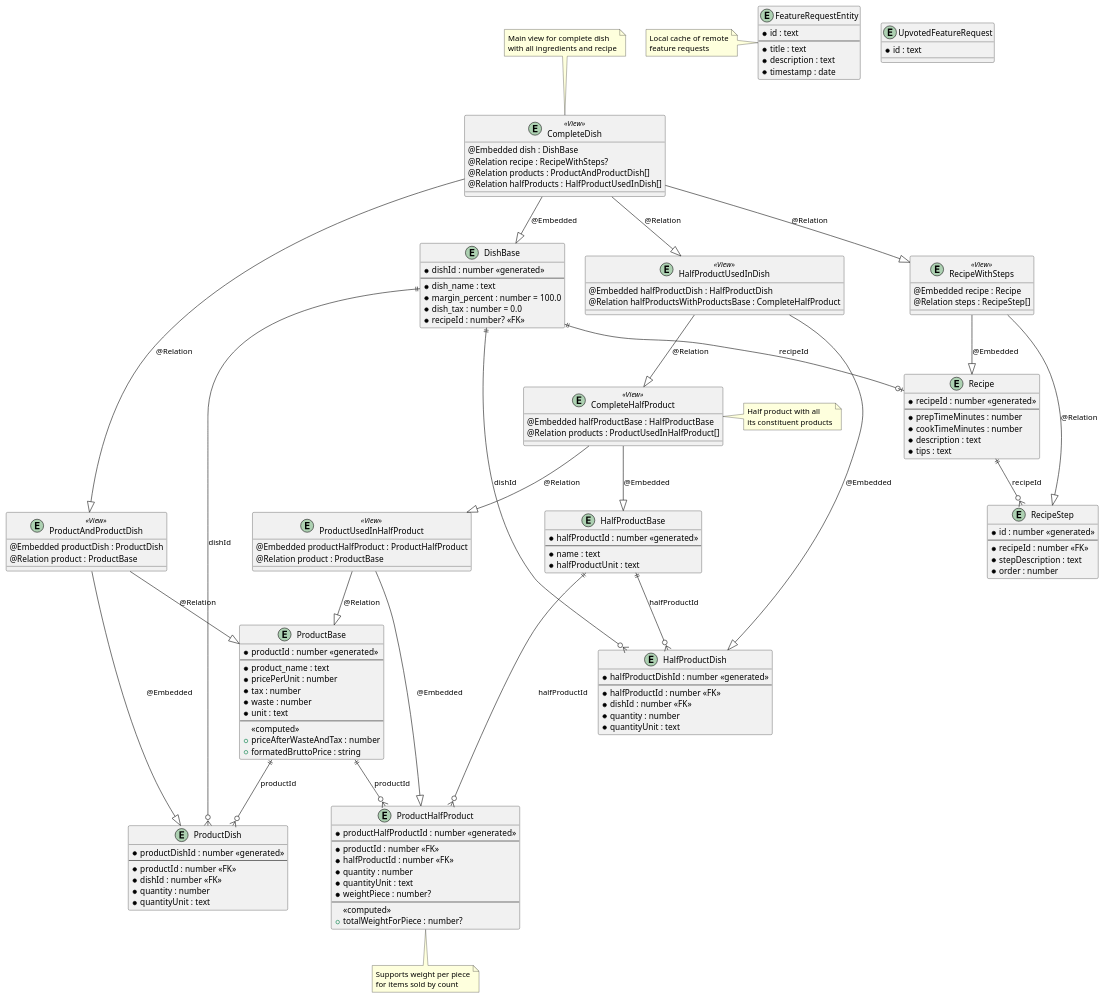
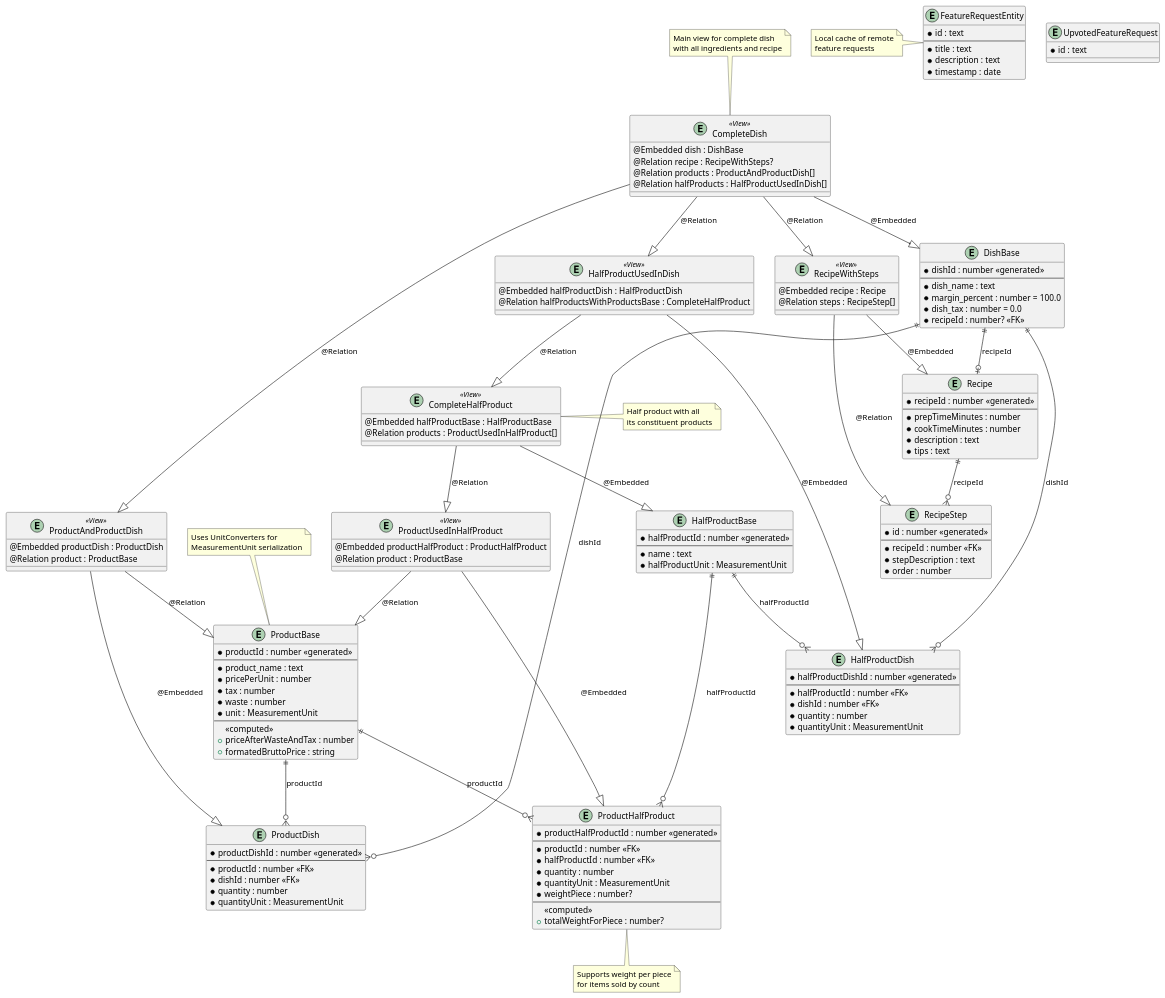
The diagram in design/data/database/new.plantuml (michalguspiel/FoodCostCalculator), drawn with PlantUML before and after one commit. The commit also changed 1 other file, not shown here.

Commit message:
Update UML diagrams with MeasurementUnit type (#165)
The `unit` and `quantityUnit` fields in various entities have been updated from `text` or `String` to the `MeasurementUnit` type in both database and domain model diagrams.

This change provides better type safety and clarity regarding the units used for product quantities and measurements. A note has also been added to the database diagram indicating the use of `UnitConverters` for `MeasurementUnit` serialization in the `Product` entity.

```diff
--- a/design/data/database/new.plantuml
+++ b/design/data/database/new.plantuml
@@ -1,169 +1,170 @@
 @startuml
 
 ' Core Entities
 entity "ProductBase" as p {
     *productId : number <<generated>>
     --
     *product_name : text
     *pricePerUnit : number
     *tax : number
     *waste : number
-    *unit : text
+    *unit : MeasurementUnit
     --
     <<computed>>
     +priceAfterWasteAndTax : number
     +formatedBruttoPrice : string
 }
 
 entity "HalfProductBase" as hp {
     *halfProductId : number <<generated>>
     --
     *name : text
-    *halfProductUnit : text
+    *halfProductUnit : MeasurementUnit
 }
 
 entity "DishBase" as d {
     *dishId : number <<generated>>
     --
     *dish_name : text
     *margin_percent : number = 100.0
     *dish_tax : number = 0.0
     *recipeId : number? <<FK>>
 }
 
 entity "Recipe" as r {
     *recipeId : number <<generated>>
     --
     *prepTimeMinutes : number
     *cookTimeMinutes : number
     *description : text
     *tips : text
 }
 
 entity "RecipeStep" as rs {
     *id : number <<generated>>
     --
     *recipeId : number <<FK>>
     *stepDescription : text
     *order : number
 }
 
 ' Association Tables (Junction Tables)
 entity "ProductDish" as pd {
     *productDishId : number <<generated>>
     --
     *productId : number <<FK>>
     *dishId : number <<FK>>
     *quantity : number
-    *quantityUnit : text
+    *quantityUnit : MeasurementUnit
 }
 
 entity "ProductHalfProduct" as php {
     *productHalfProductId : number <<generated>>
     --
     *productId : number <<FK>>
     *halfProductId : number <<FK>>
     *quantity : number
-    *quantityUnit : text
+    *quantityUnit : MeasurementUnit
     *weightPiece : number?
     --
     <<computed>>
     +totalWeightForPiece : number?
 }
 
 entity "HalfProductDish" as hpd {
     *halfProductDishId : number <<generated>>
     --
     *halfProductId : number <<FK>>
     *dishId : number <<FK>>
     *quantity : number
-    *quantityUnit : text
+    *quantityUnit : MeasurementUnit
 }
 
 ' Remote/Local sync entities
 entity "FeatureRequestEntity" as fre {
     *id : text
     --
     *title : text
     *description : text
     *timestamp : date
 }
 
 entity "UpvotedFeatureRequest" as ufr {
     *id : text
 }
 
 ' Views (Joined entities for complex queries)
 entity "ProductAndProductDish" as papd <<View>> {
     @Embedded productDish : ProductDish
     @Relation product : ProductBase
 }
 
 entity "ProductUsedInHalfProduct" as puihp <<View>> {
     @Embedded productHalfProduct : ProductHalfProduct
     @Relation product : ProductBase
 }
 
 entity "CompleteHalfProduct" as chp <<View>> {
     @Embedded halfProductBase : HalfProductBase
     @Relation products : ProductUsedInHalfProduct[]
 }
 
 entity "HalfProductUsedInDish" as hpuid <<View>> {
     @Embedded halfProductDish : HalfProductDish
     @Relation halfProductsWithProductsBase : CompleteHalfProduct
 }
 
 entity "RecipeWithSteps" as rws <<View>> {
     @Embedded recipe : Recipe
     @Relation steps : RecipeStep[]
 }
 
 entity "CompleteDish" as cd <<View>> {
     @Embedded dish : DishBase
     @Relation recipe : RecipeWithSteps?
     @Relation products : ProductAndProductDish[]
     @Relation halfProducts : HalfProductUsedInDish[]
 }
 
 ' Foreign Key Relationships
 d ||--o| r : "recipeId"
 r ||--o{ rs : "recipeId"
 
 p ||--o{ pd : "productId"
 d ||--o{ pd : "dishId"
 
 p ||--o{ php : "productId"
 hp ||--o{ php : "halfProductId"
 
 hp ||--o{ hpd : "halfProductId"
 d ||--o{ hpd : "dishId"
 
 ' View Relationships (Room @Relation mappings)
 papd --|> pd : "@Embedded"
 papd --|> p : "@Relation"
 
 puihp --|> php : "@Embedded"
 puihp --|> p : "@Relation"
 
 chp --|> hp : "@Embedded"
 chp --|> puihp : "@Relation"
 
 hpuid --|> hpd : "@Embedded"
 hpuid --|> chp : "@Relation"
 
 rws --|> r : "@Embedded"
 rws --|> rs : "@Relation"
 
 cd --|> d : "@Embedded"
 cd --|> rws : "@Relation"
 cd --|> papd : "@Relation"
 cd --|> hpuid : "@Relation"
 
 ' Notes
 note top of cd : Main view for complete dish\nwith all ingredients and recipe
 note right of chp : Half product with all\nits constituent products
 note bottom of php : Supports weight per piece\nfor items sold by count
 note left of fre : Local cache of remote\nfeature requests
+note top of p : Uses UnitConverters for\nMeasurementUnit serialization
 
 @enduml
```
